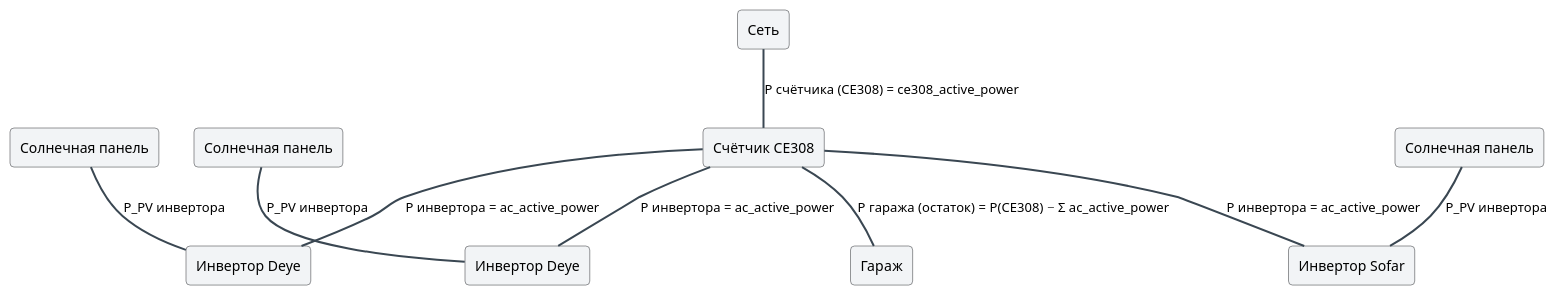
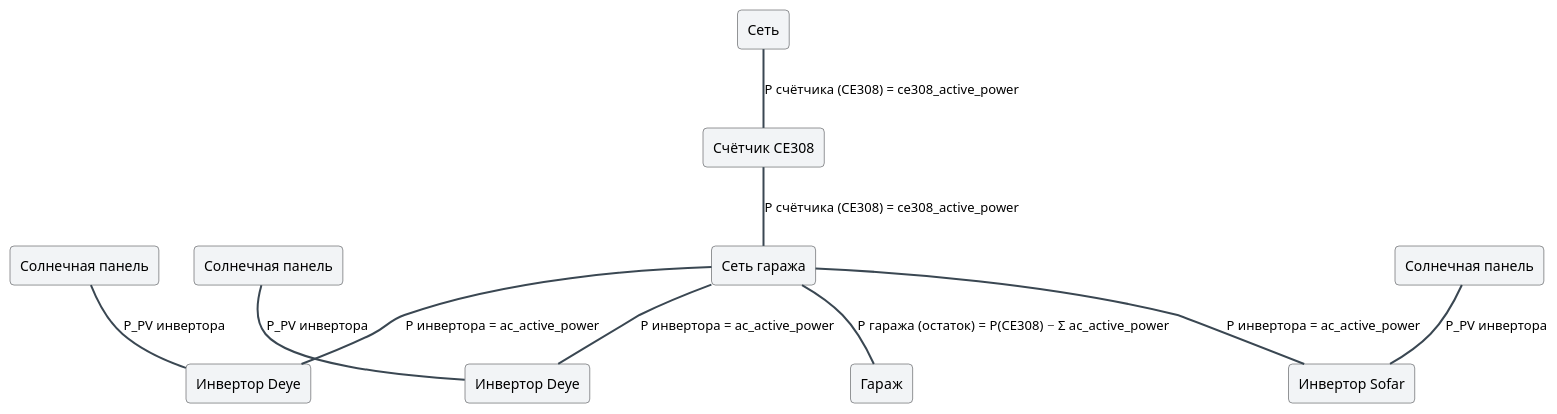
Before and after one commit to galiy/sunReceiver: the diagram in animation/schemes/scheme-garage.puml, drawn with PlantUML. The commit also changed 4 other files, not shown here.

Commit message:
Анимация: узлы «Сеть дома»/«Сеть гаража» (кружки-соединители) и перекомпоновка схем

```diff
--- a/animation/schemes/scheme-garage.puml
+++ b/animation/schemes/scheme-garage.puml
@@ -1,45 +1,49 @@
 @startuml
 '
-' Общая схема №2: Сеть → Счётчик CE308 (развилка) → Гараж + инверторы.
-' Счётчик CE308 — соединитель: он связывает Сеть, Гараж и все инверторы (в гараже).
-' Развилка — в точке счётчика: одна линия вправо в Гараж, вторая вниз к шине инверторов.
+' Общая схема №2: Сеть → Счётчик CE308 → «Сеть гаража» (развилка) → Гараж + инверторы.
+' «Сеть гаража» — соединитель: связывает CE308, Гараж и все инверторы (в гараже).
+' Развилка — в узле «Сеть гаража»: одна линия вправо в Гараж, вторая вниз к шине инверторов.
 '
 ' Связи — ЛИНИИ (не стрелки): мощность может идти в обе стороны.
 ' Каждая связь = анимированная линия с бегущим током и подписью мощности (1/с).
 '
 top to bottom direction
 
 skinparam rectangle {
   BackgroundColor #f2f4f6
   BorderColor #2c2f33
   RoundCorner 8
 }
 skinparam arrow {
   Color #3a4752
   Thickness 2
 }
 skinparam shadowing false
 
 rectangle "Сеть" as grid
 rectangle "Счётчик CE308" as meter
+' «Сеть гаража» — узел-соединитель справа от CE308: CE308, шина инверторов, Гараж.
+' В анимации изображается кружком той же толщины, что дорожки тока.
+rectangle "Сеть гаража" as garage_net
 rectangle "Гараж" as garage
 
 grid -- meter : "P счётчика (CE308) = ce308_active_power"
-meter -- garage : "P гаража (остаток) = P(CE308) − Σ ac_active_power"
+meter -- garage_net : "P счётчика (CE308) = ce308_active_power"
+garage_net -- garage : "P гаража (остаток) = P(CE308) − Σ ac_active_power"
 
 rectangle "Инвертор Sofar" as inv1
 rectangle "Инвертор Deye" as inv2
 rectangle "Инвертор Deye" as inv3
 
 rectangle "Солнечная панель" as pv1
 rectangle "Солнечная панель" as pv2
 rectangle "Солнечная панель" as pv3
 
-meter -- inv1 : "P инвертора = ac_active_power"
-meter -- inv2 : "P инвертора = ac_active_power"
-meter -- inv3 : "P инвертора = ac_active_power"
+garage_net -- inv1 : "P инвертора = ac_active_power"
+garage_net -- inv2 : "P инвертора = ac_active_power"
+garage_net -- inv3 : "P инвертора = ac_active_power"
 pv1 -- inv1 : "P_PV инвертора"
 pv2 -- inv2 : "P_PV инвертора"
 pv3 -- inv3 : "P_PV инвертора"
 
 @enduml
```
